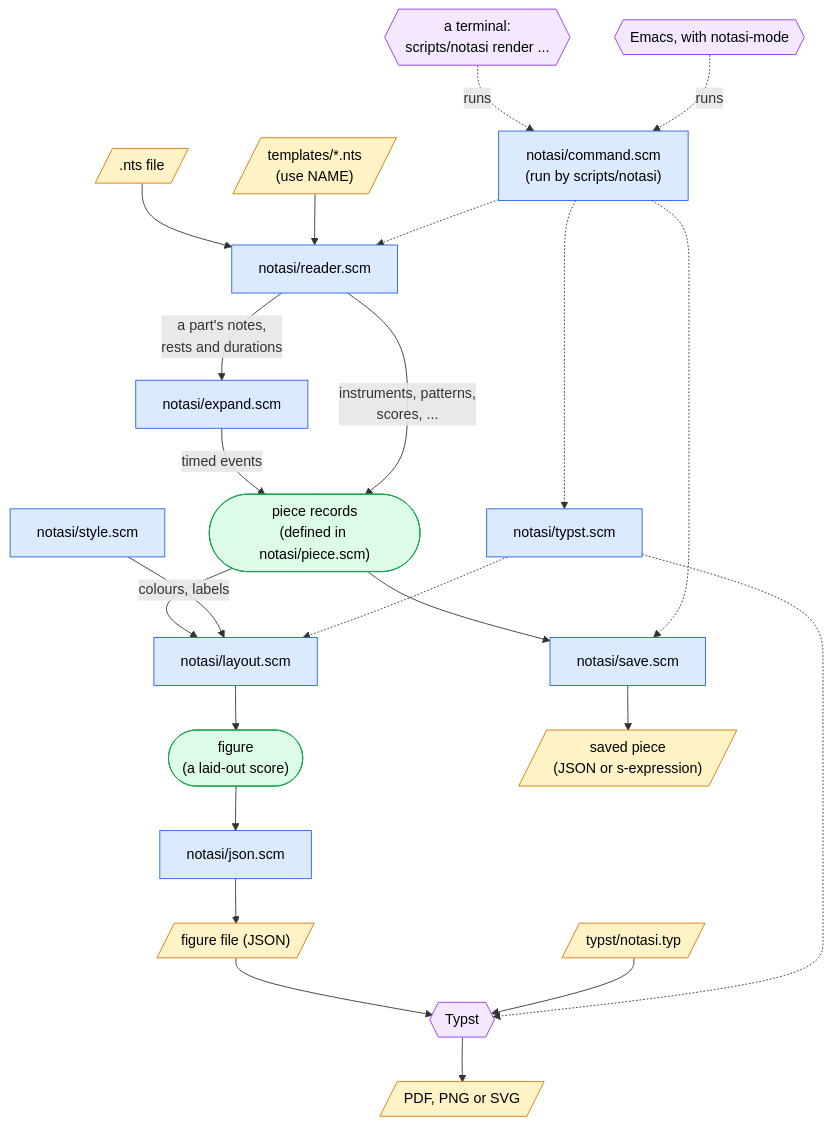
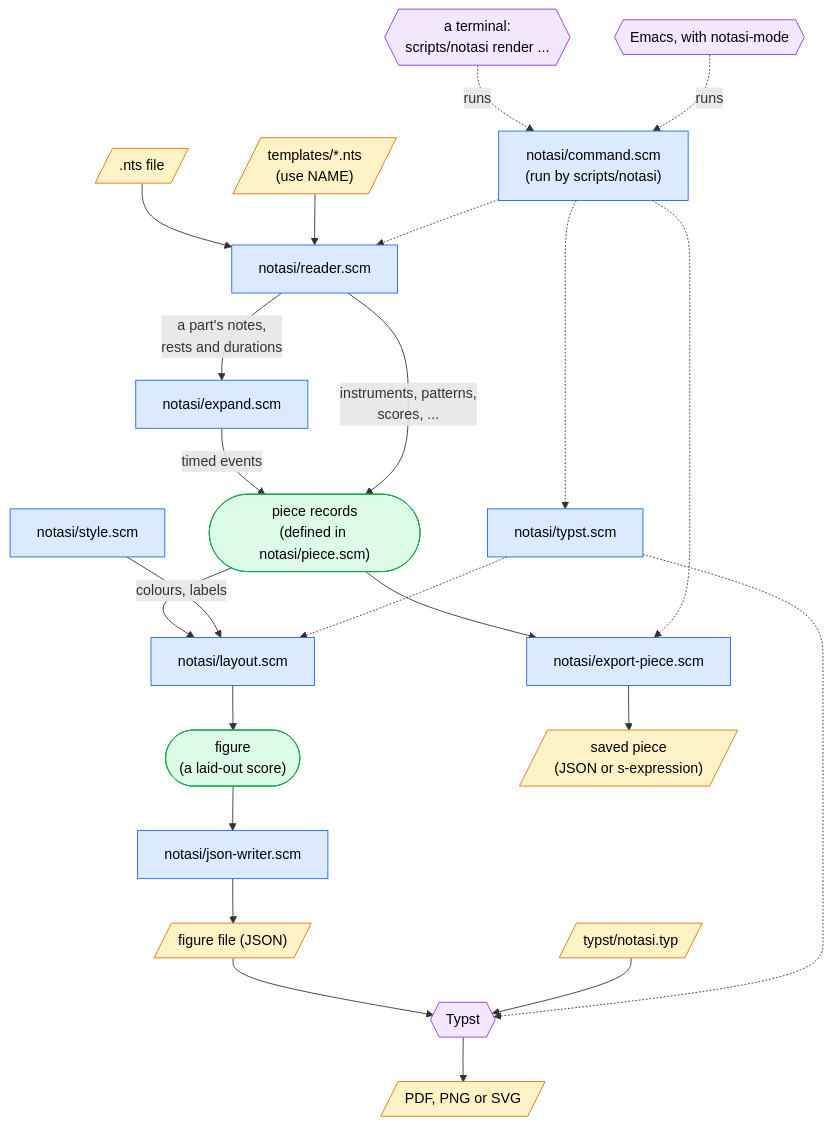
One commit to hsinhaoyu/notasi changed the diagram in CONTRIBUTING.md. Above: the diagram before and after it, drawn with Mermaid. The commit also changed other lines of this file and 16 other files, not shown here.

First line of the commit message:
Rename (notasi save) to (notasi export-piece) and (notasi json) to (notasi json-writer)

````diff
--- a/CONTRIBUTING.md
+++ b/CONTRIBUTING.md
@@ -9,31 +9,31 @@
 ```mermaid
 flowchart TB
     nts[/".nts file"/]:::file --> reader
     templates[/"templates/*.nts<br>(use NAME)"/]:::file --> reader
     reader["notasi/reader.scm"]:::code -- "a part's notes,<br>rests and durations" --> expand["notasi/expand.scm"]:::code
     expand -- "timed events" --> piece
     reader -- "instruments, patterns,<br>scores, ..." --> piece(["piece records<br>(defined in notasi/piece.scm)"]):::struct
     piece --> layout["notasi/layout.scm"]:::code
     styles["notasi/style.scm"]:::code -- "colours, labels" --> layout
     layout --> fig(["figure<br>(a laid-out score)"]):::struct
-    fig --> json["notasi/json.scm"]:::code
-    json --> figfile[/"figure file (JSON)"/]:::file
+    fig --> jsonwriter["notasi/json-writer.scm"]:::code
+    jsonwriter --> figfile[/"figure file (JSON)"/]:::file
     figfile --> typ{{"Typst"}}:::prog
     template[/"typst/notasi.typ"/]:::file --> typ
     typ --> out[/"PDF, PNG or SVG"/]:::file
-    piece --> save["notasi/save.scm"]:::code
-    save --> saved[/"saved piece<br>(JSON or s-expression)"/]:::file
+    piece --> exportpiece["notasi/export-piece.scm"]:::code
+    exportpiece --> saved[/"saved piece<br>(JSON or s-expression)"/]:::file
 
     shell{{"a terminal:<br>scripts/notasi render ..."}}:::prog -. "runs" .-> command["notasi/command.scm<br>(run by scripts/notasi)"]:::code
     emacs{{"Emacs, with notasi-mode"}}:::prog -. "runs" .-> command
     command -.-> reader
-    command -.-> save
+    command -.-> exportpiece
     command -.-> typst["notasi/typst.scm"]:::code
     typst -.-> layout
     typst -.-> typ
 
     classDef code fill:#dbeafe,stroke:#2563eb,color:#000
     classDef struct fill:#dcfce7,stroke:#16a34a,color:#000
     classDef file fill:#fef3c7,stroke:#d97706,color:#000
     classDef prog fill:#f3e8ff,stroke:#9333ea,color:#000
 ```
````
